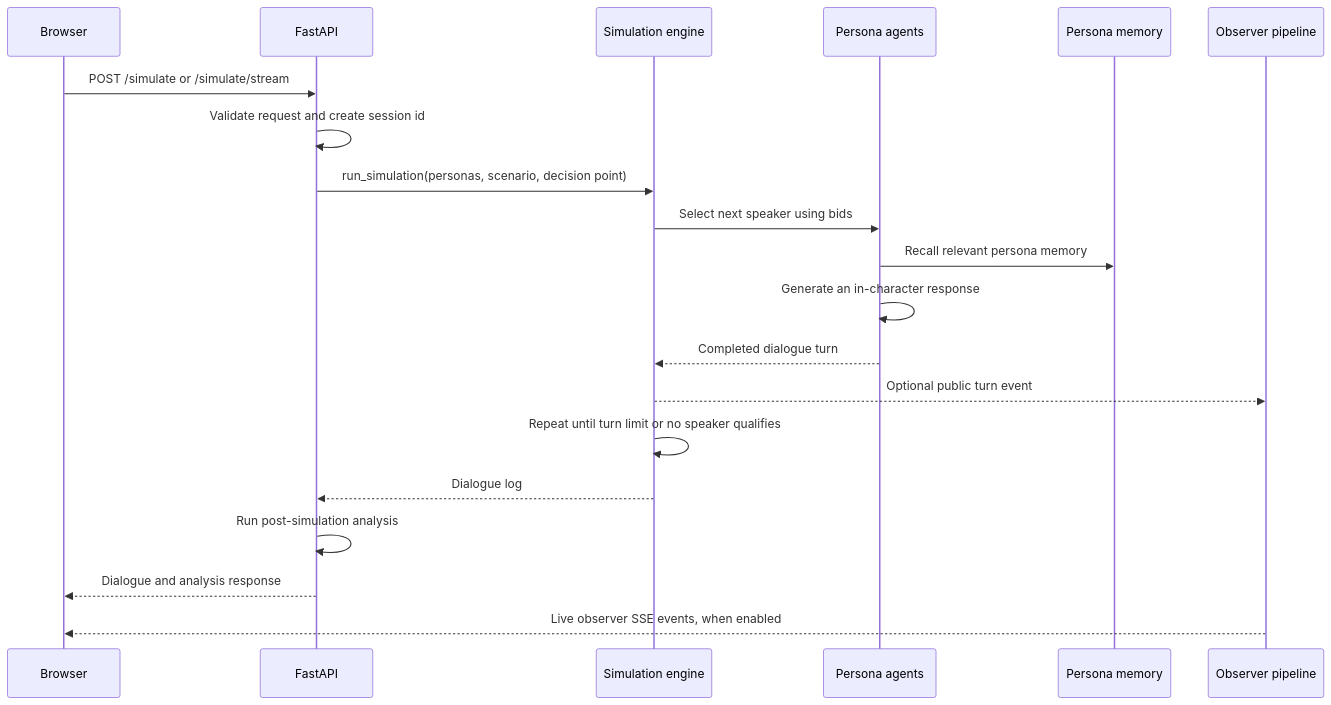
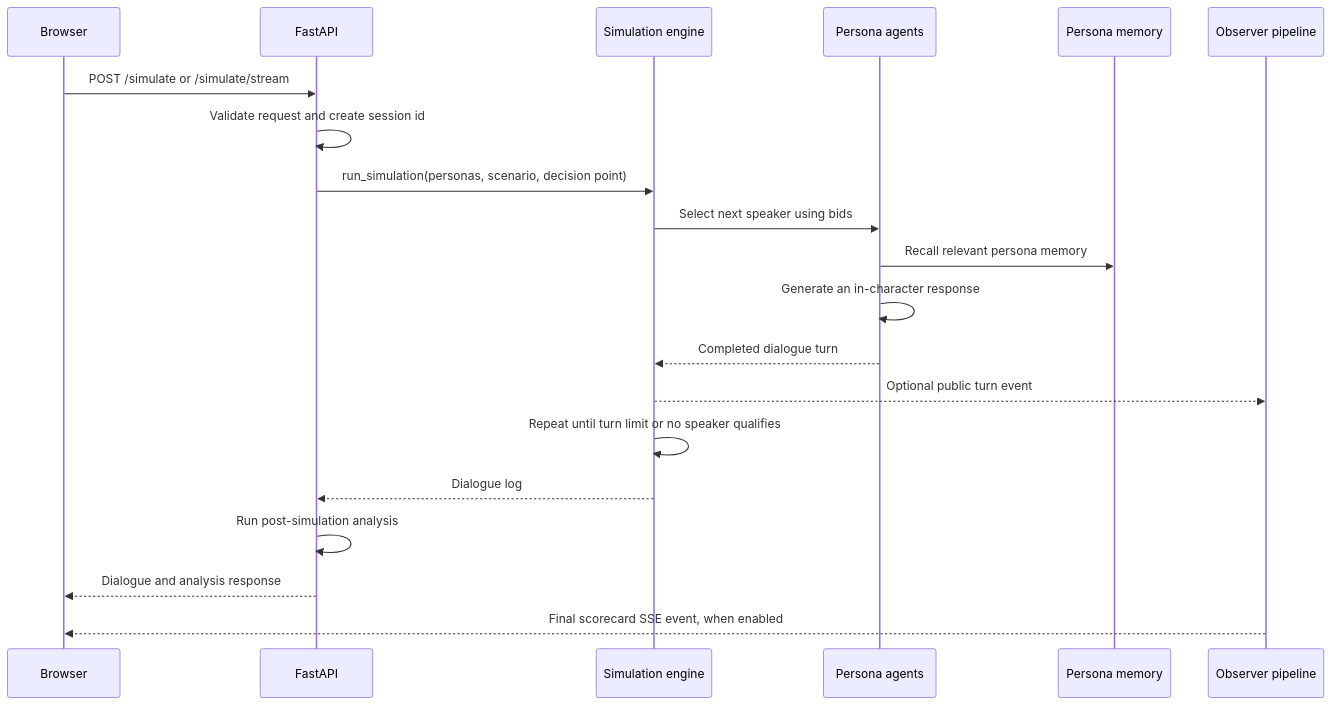
One commit to abhijay029/Human-Life-Scenario-Simulator changed the second of 6 diagrams in PROJECT_ARCHITECTURE.md. Above: the diagram before and after it, drawn with Mermaid. The commit also changed other lines of this file and 19 other files, not shown here.

````diff
--- a/PROJECT_ARCHITECTURE.md
+++ b/PROJECT_ARCHITECTURE.md
@@ -86,23 +86,23 @@
 ```mermaid
 sequenceDiagram
     participant B as Browser
     participant A as FastAPI
     participant E as Simulation engine
     participant P as Persona agents
     participant M as Persona memory
     participant O as Observer pipeline
 
     B->>A: POST /simulate or /simulate/stream
     A->>A: Validate request and create session id
     A->>E: run_simulation(personas, scenario, decision point)
     E->>P: Select next speaker using bids
     P->>M: Recall relevant persona memory
     P->>P: Generate an in-character response
     P-->>E: Completed dialogue turn
     E-->>O: Optional public turn event
     E->>E: Repeat until turn limit or no speaker qualifies
     E-->>A: Dialogue log
     A->>A: Run post-simulation analysis
     A-->>B: Dialogue and analysis response
-    O-->>B: Live observer SSE events, when enabled
+    O-->>B: Final scorecard SSE event, when enabled
 ```
````
